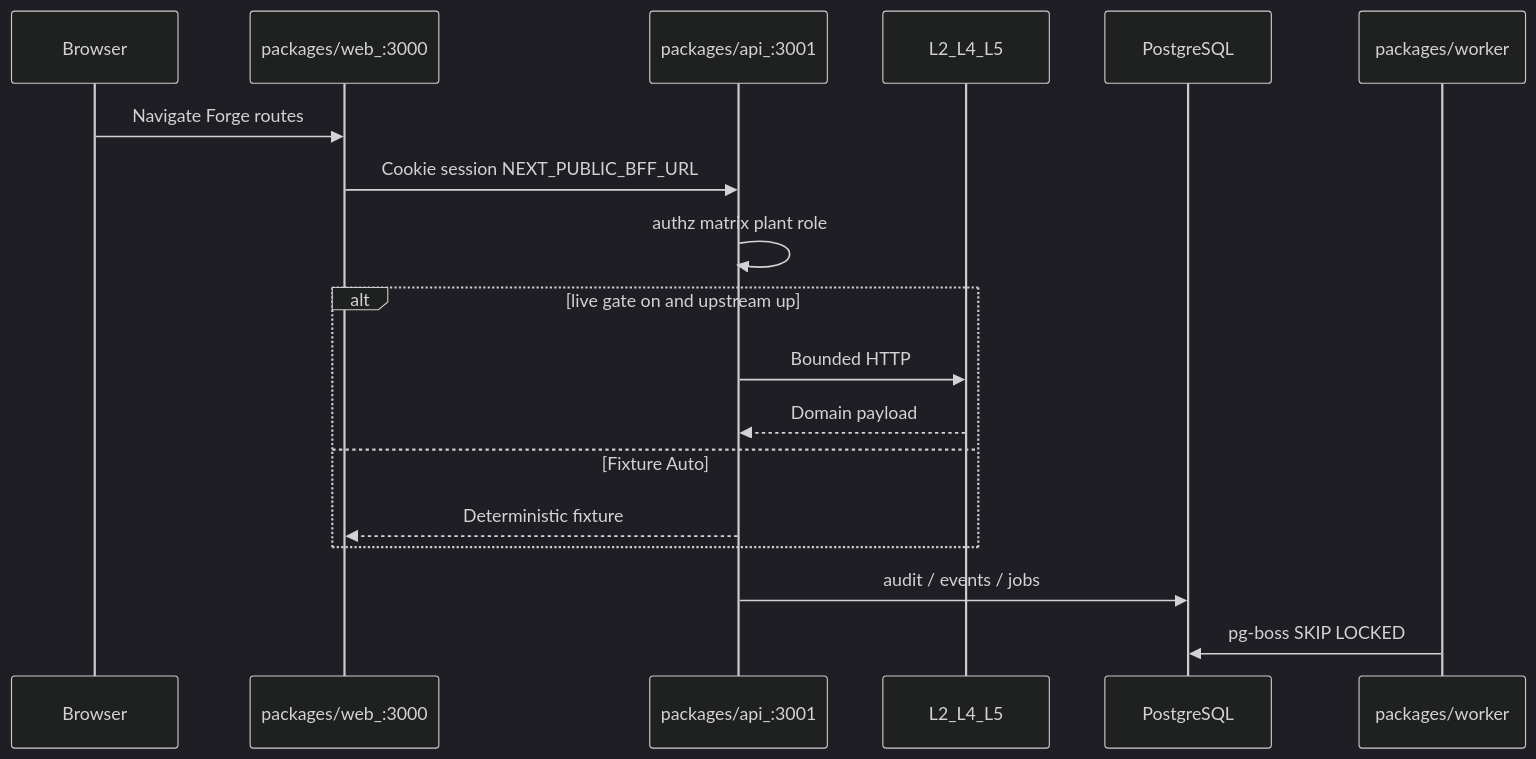
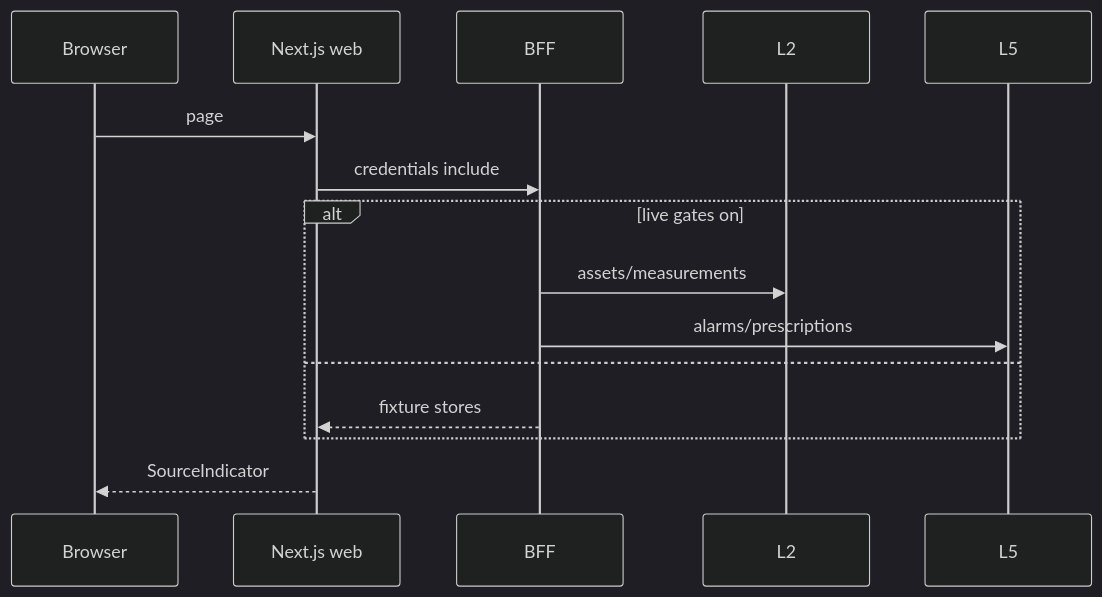
Before and after one commit to Stamped-Energy/experience-integration: the diagram in docs/EXTENSIVE.md, drawn with Mermaid (dark theme). The commit also changed other lines of this file and 1 other file, not shown here.

````diff
--- a/docs/EXTENSIVE.md
+++ b/docs/EXTENSIVE.md
@@ -22,20 +52,17 @@
 ```mermaid
 sequenceDiagram
   participant U as Browser
-  participant W as packages/web_:3000
-  participant A as packages/api_:3001
-  participant Up as L2_L4_L5
-  participant Db as PostgreSQL
-  participant Wrk as packages/worker
-  U->>W: Navigate Forge routes
-  W->>A: Cookie session NEXT_PUBLIC_BFF_URL
-  A->>A: authz matrix plant role
-  alt live gate on and upstream up
-    A->>Up: Bounded HTTP
-    Up-->>A: Domain payload
-  else Fixture Auto
-    A-->>W: Deterministic fixture
+  participant W as Next.js web
+  participant B as BFF
+  participant L2 as L2
+  participant L5 as L5
+  U->>W: page
+  W->>B: credentials include
+  alt live gates on
+    B->>L2: assets/measurements
+    B->>L5: alarms/prescriptions
+  else
+    B-->>W: fixture stores
   end
-  A->>Db: audit / events / jobs
-  Wrk->>Db: pg-boss SKIP LOCKED
+  W-->>U: SourceIndicator
 ```
````
